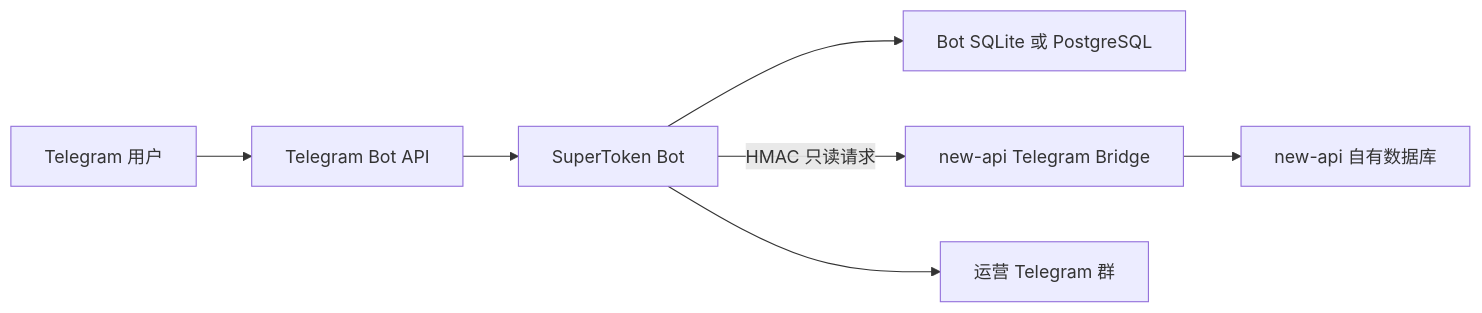
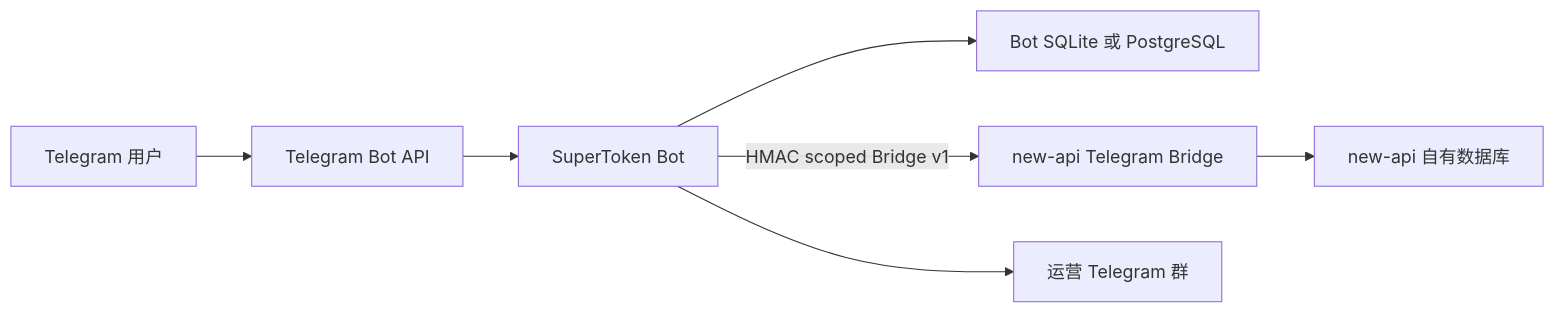
The first of 2 diagrams in docs/02-architecture.md (Minusbill/SuperTokenOverseas), drawn with Mermaid before and after one commit. The commit also changed other lines of this file and 24 other files, not shown here.

````diff
--- a/docs/02-architecture.md
+++ b/docs/02-architecture.md
@@ -21,9 +21,9 @@
 ```mermaid
 flowchart LR
     U[Telegram 用户] --> TG[Telegram Bot API]
     TG --> B[SuperToken Bot]
     B --> D[Bot SQLite 或 PostgreSQL]
-    B -->|HMAC 只读请求| N[new-api Telegram Bridge]
+    B -->|HMAC scoped Bridge v1| N[new-api Telegram Bridge]
     N --> A[new-api 自有数据库]
     B --> O[运营 Telegram 群]
 ```
````
